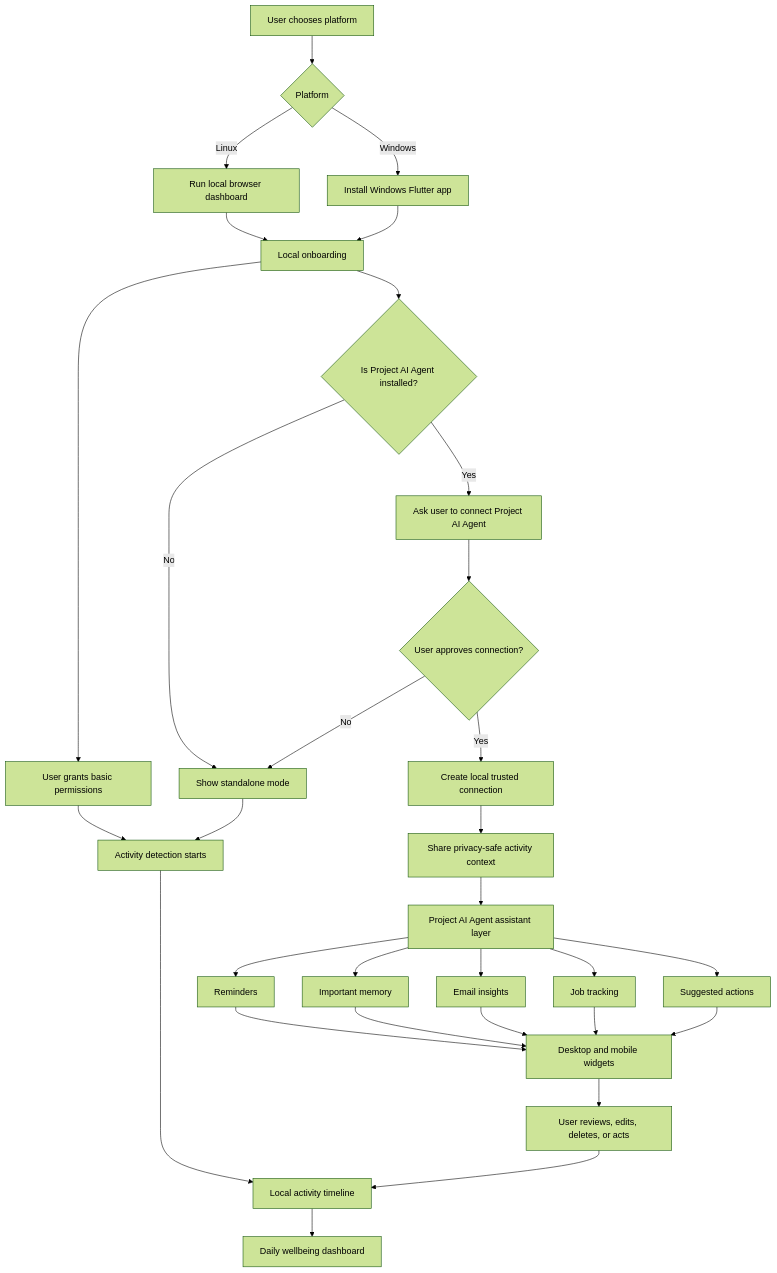
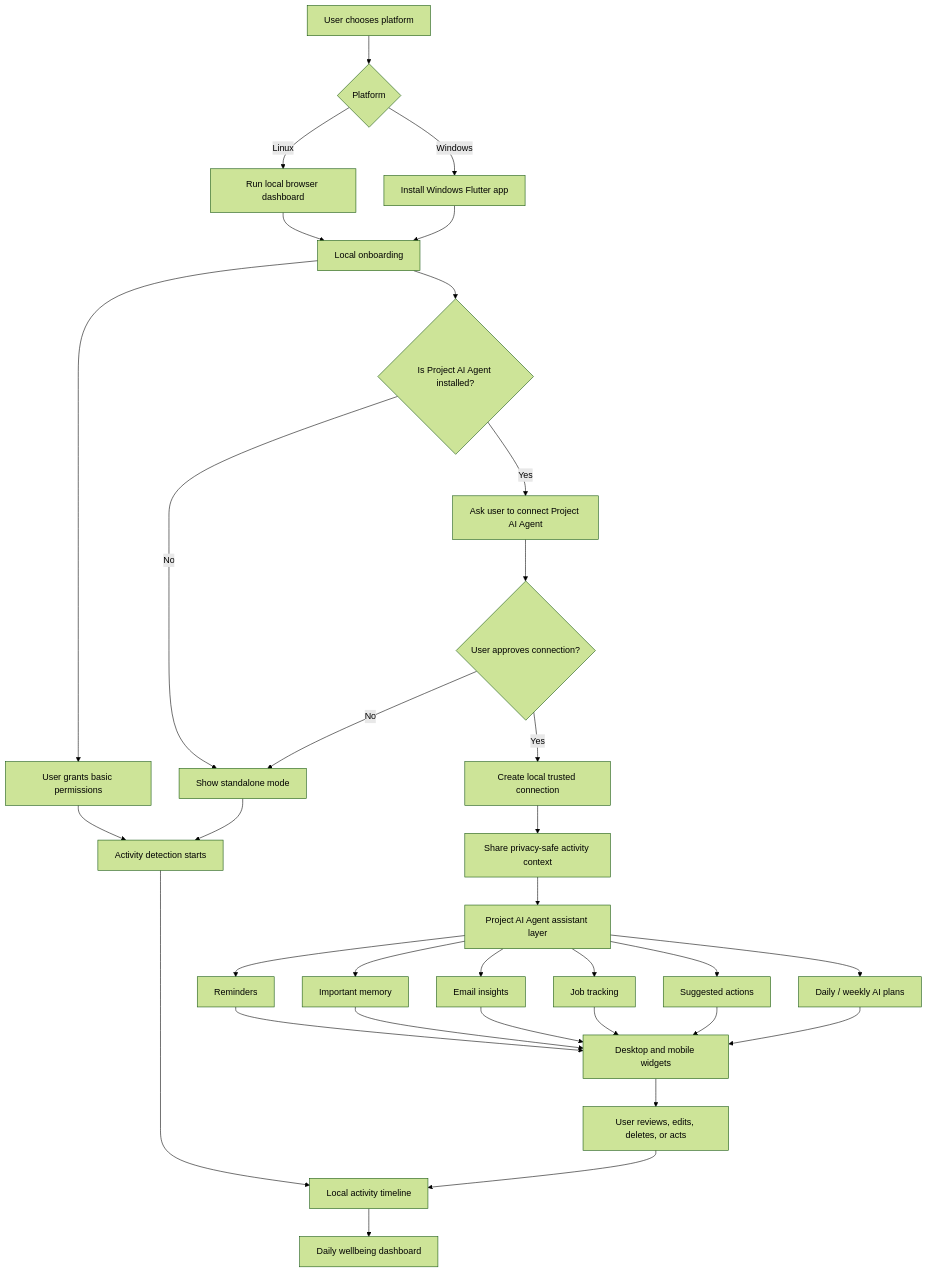
The first of 6 diagrams in projects/architecture.md (AnuranjanJain/what-do-you-do), drawn with Mermaid (forest theme) before and after one commit. The commit also changed other lines of this file and 7 other files, not shown here.

````diff
--- a/projects/architecture.md
+++ b/projects/architecture.md
@@ -21,39 +25,41 @@
 ```mermaid
 flowchart TD
     A["User chooses platform"] --> Z{"Platform"}
     Z -->|Linux| Y["Run local browser dashboard"]
     Z -->|Windows| X["Install Windows Flutter app"]
     Y --> B["Local onboarding"]
     X --> B
     B --> C["User grants basic permissions"]
     C --> D["Activity detection starts"]
     D --> E["Local activity timeline"]
     E --> F["Daily wellbeing dashboard"]
 
     B --> G{"Is Project AI Agent installed?"}
     G -->|No| H["Show standalone mode"]
     H --> D
 
     G -->|Yes| I["Ask user to connect Project AI Agent"]
     I --> J{"User approves connection?"}
     J -->|No| H
     J -->|Yes| K["Create local trusted connection"]
 
     K --> L["Share privacy-safe activity context"]
     L --> M["Project AI Agent assistant layer"]
 
     M --> N["Reminders"]
     M --> O["Important memory"]
     M --> P["Email insights"]
     M --> Q["Job tracking"]
     M --> R["Suggested actions"]
+    M --> U["Daily / weekly AI plans"]
 
     N --> S["Desktop and mobile widgets"]
     O --> S
     P --> S
     Q --> S
     R --> S
+    U --> S
 
     S --> T["User reviews, edits, deletes, or acts"]
     T --> E
 ```
````
